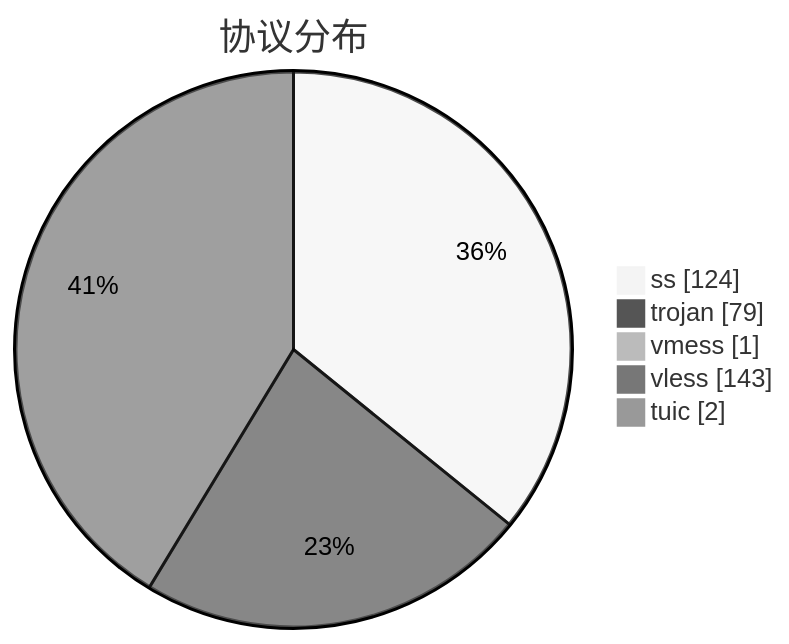
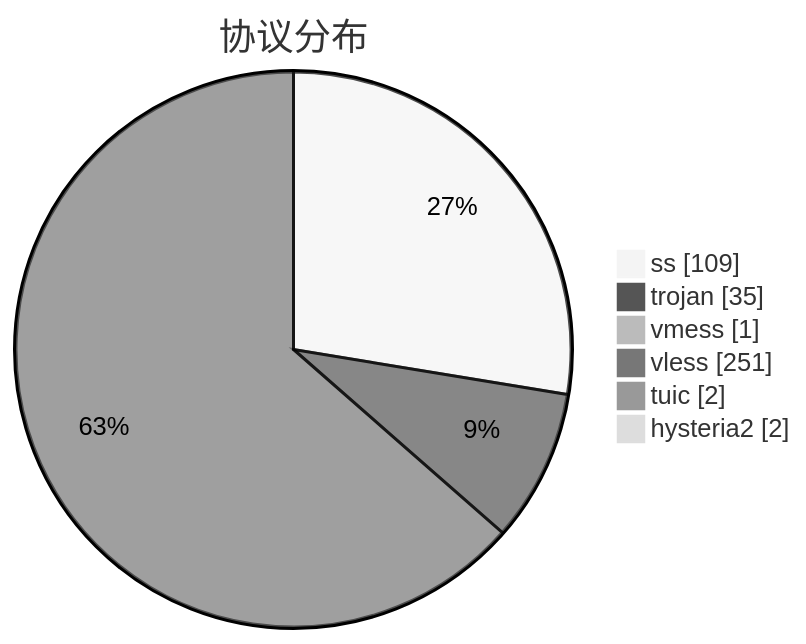
The third of 3 diagrams in subs/statistics/tested_within.md (qjlxg/airport), drawn with Mermaid (neutral theme) before and after one commit. The commit also changed other lines of this file and 2 other files, not shown here.

````diff
--- a/subs/statistics/tested_within.md
+++ b/subs/statistics/tested_within.md
@@ -31,9 +35,10 @@
 ```mermaid
 pie showData
 title 协议分布
-"ss" : 124
-"trojan" : 79
+"ss" : 109
+"trojan" : 35
 "vmess" : 1
-"vless" : 143
+"vless" : 251
 "tuic" : 2
+"hysteria2" : 2
 ```
````
